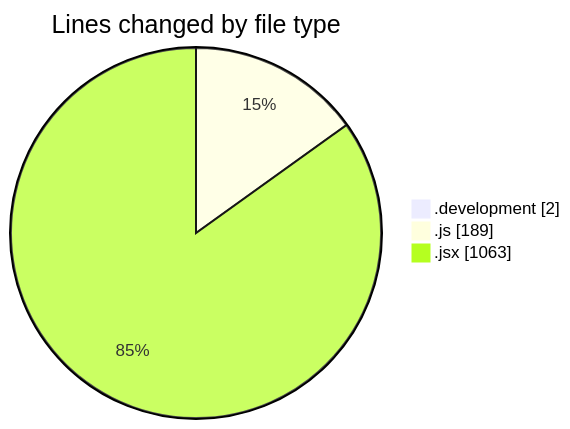
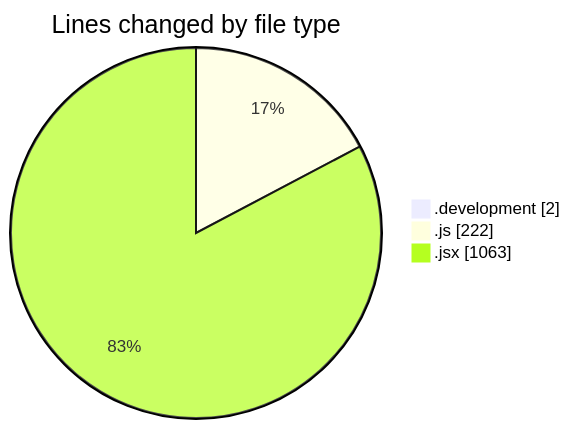
Before and after one commit to nxtqubesakshisongat/code-tracking: the first of 2 diagrams in 2025-11-10/nxtqube_webapp/README.md, drawn with Mermaid. The commit also changed other lines of this file and 1 other file, not shown here.

````diff
--- a/2025-11-10/nxtqube_webapp/README.md
+++ b/2025-11-10/nxtqube_webapp/README.md
@@ -24,7 +25,7 @@
 ```mermaid
 pie showData
 title Lines changed by file type
 ".development" : 2
-".js" : 189
+".js" : 222
 ".jsx" : 1063
 ```
````
